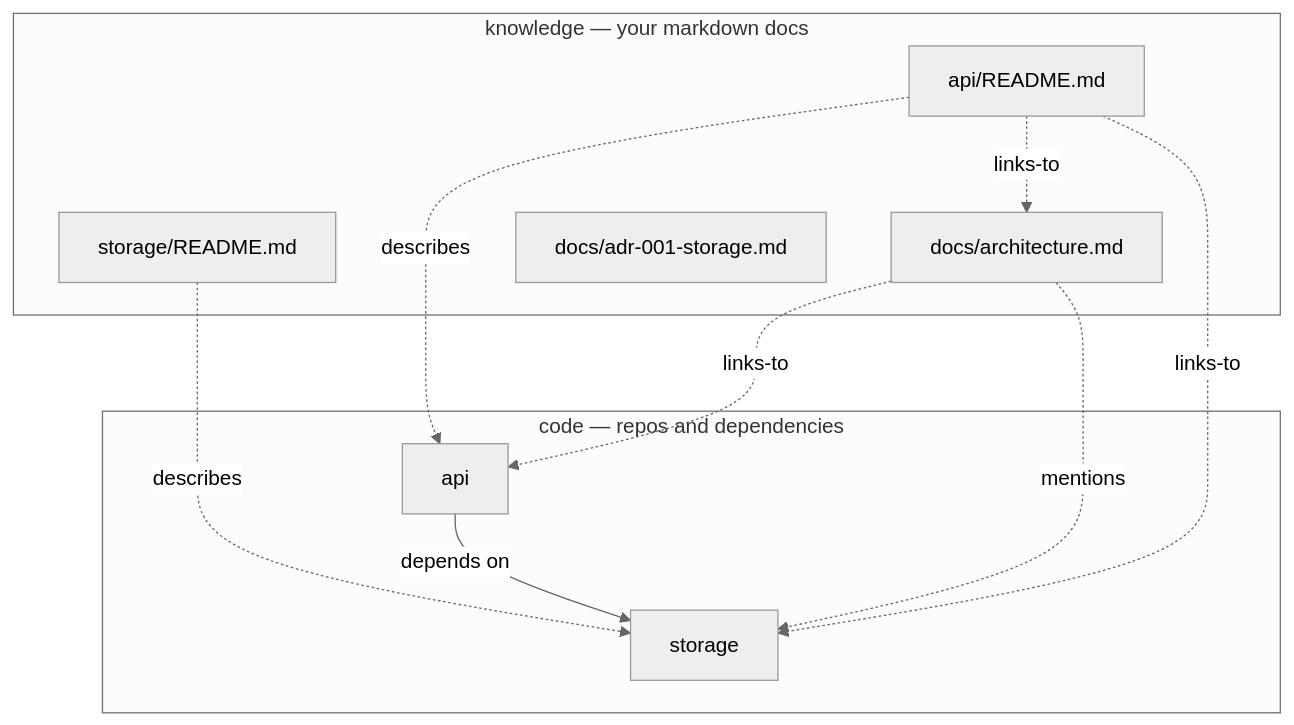
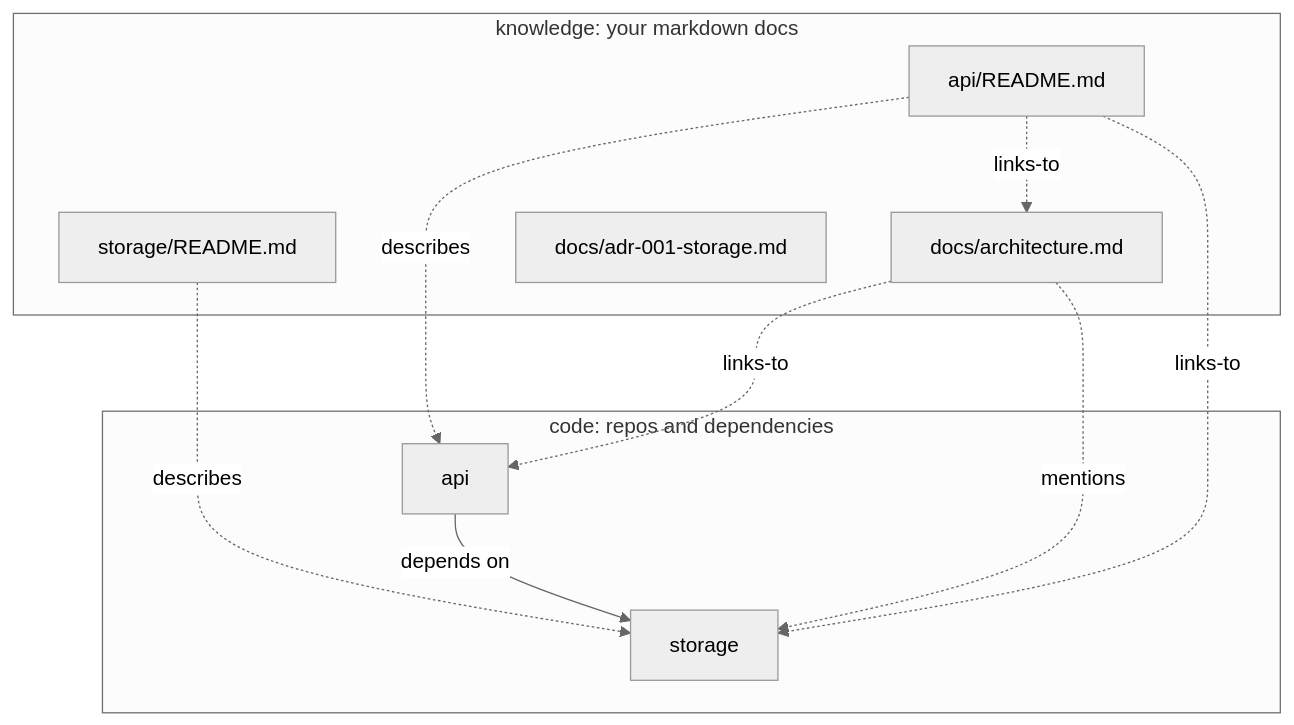
One commit to HarperZ9/index changed the first of 2 diagrams in README.md. Above: the diagram before and after it, drawn with Mermaid (neutral theme). The commit also changed other lines of this file, not shown here.

````diff
--- a/README.md
+++ b/README.md
@@ -49,20 +49,20 @@
 ```mermaid
 flowchart TD
-    subgraph code["code — repos and dependencies"]
+    subgraph code["code: repos and dependencies"]
         api["api"]
         storage["storage"]
     end
-    subgraph knowledge["knowledge — your markdown docs"]
+    subgraph knowledge["knowledge: your markdown docs"]
         apiR["api/README.md"]
         storageR["storage/README.md"]
         arch["docs/architecture.md"]
         adr["docs/adr-001-storage.md"]
     end
     api -- depends on --> storage
     apiR -. describes .-> api
     storageR -. describes .-> storage
     apiR -. links-to .-> arch
     apiR -. links-to .-> storage
     arch -. links-to .-> api
     arch -. mentions .-> storage
 ```
````
